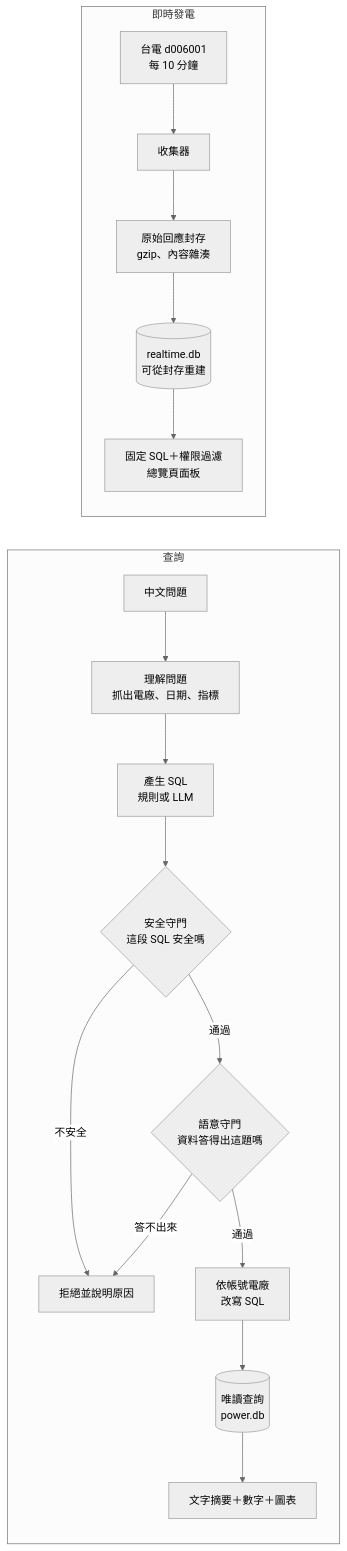
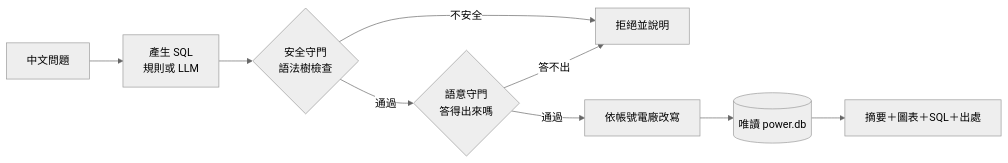
One commit to kayla162/gridlens-tw changed the diagram in README.md. Above: the diagram before and after it, drawn with Mermaid (neutral theme). The commit also changed other lines of this file, not shown here.

````diff
--- a/README.md
+++ b/README.md
@@ -126,20 +35,10 @@
 ```mermaid
 flowchart LR
-    subgraph query [查詢]
-        Q[中文問題] --> U[理解問題<br/>抓出電廠、日期、指標]
-        U --> S[產生 SQL<br/>規則或 LLM]
-        S --> G1{安全守門<br/>這段 SQL 安全嗎}
-        G1 -- 不安全 --> X[拒絕並說明原因]
-        G1 -- 通過 --> G2{語意守門<br/>資料答得出這題嗎}
-        G2 -- 答不出來 --> X
-        G2 -- 通過 --> P[依帳號電廠<br/>改寫 SQL]
-        P --> DB[(唯讀查詢<br/>power.db)]
-        DB --> A[文字摘要＋數字＋圖表]
-    end
-    subgraph realtime [即時發電]
-        T[台電 d006001<br/>每 10 分鐘] --> C[收集器]
-        C --> AR[原始回應封存<br/>gzip、內容雜湊]
-        AR --> RT[(realtime.db<br/>可從封存重建)]
-        RT --> RP[固定 SQL＋權限過濾<br/>總覽頁面板]
-    end
+    Q[中文問題] --> S[產生 SQL<br/>規則或 LLM]
+    S --> G1{安全守門<br/>語法樹檢查}
+    G1 -- 不安全 --> X[拒絕並說明]
+    G1 -- 通過 --> G2{語意守門<br/>答得出來嗎}
+    G2 -- 答不出 --> X
+    G2 -- 通過 --> P[依帳號電廠改寫]
+    P --> DB[(唯讀 power.db)] --> A[摘要＋圖表＋SQL＋出處]
 ```
````
